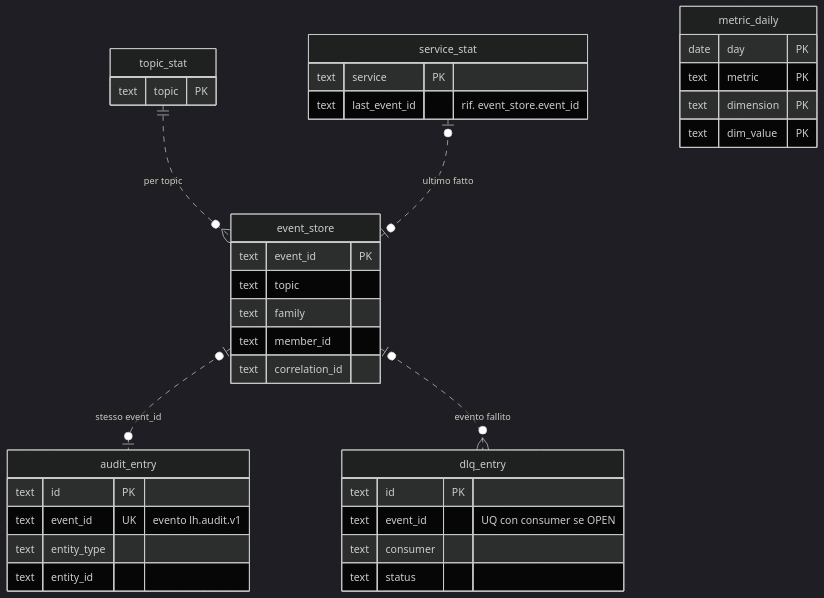
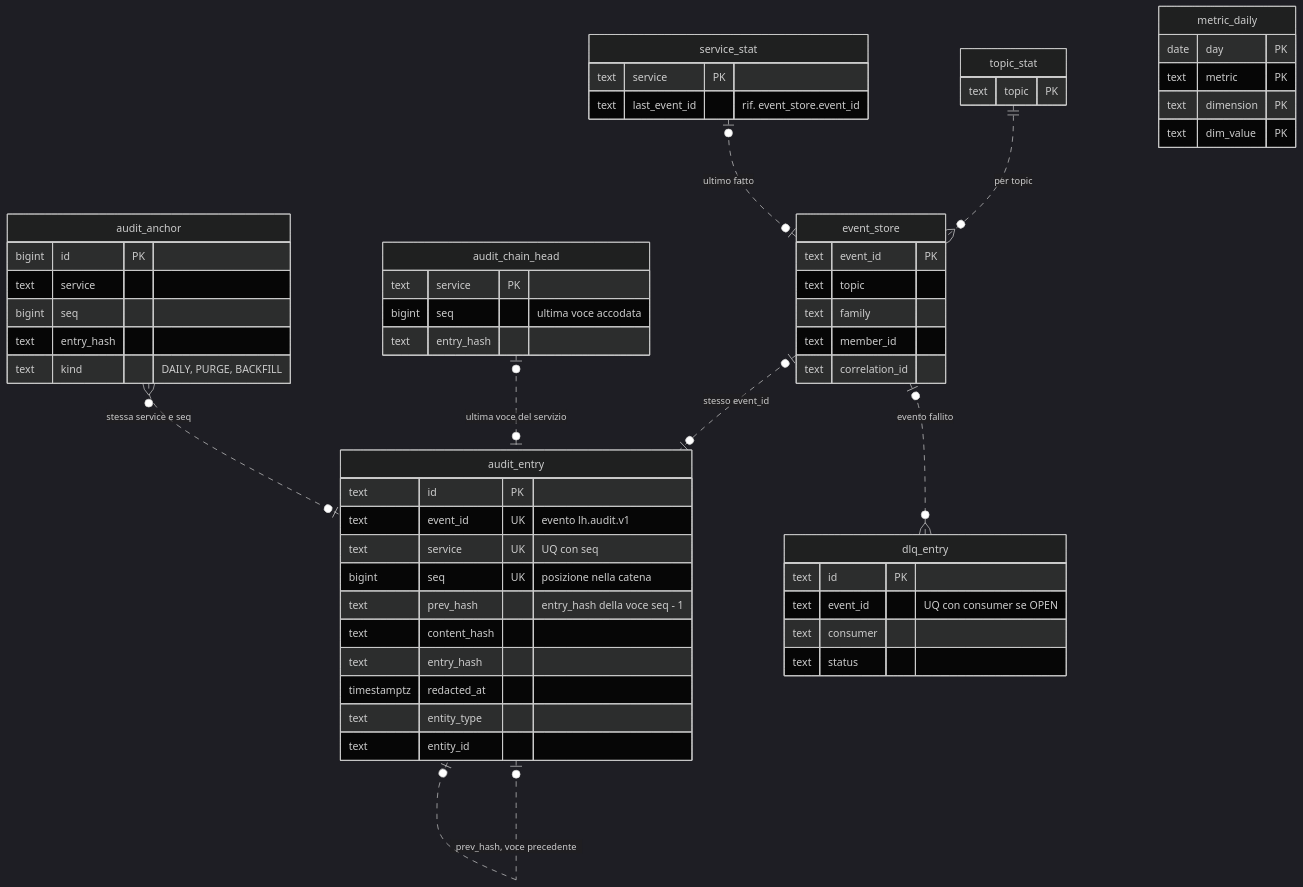
The first of 4 diagrams in docs/servizi/insight-service.md (peppe-ruv/Loyalty_Sys), drawn with Mermaid (dark theme) before and after one commit. The commit also changed other lines of this file and 27 other files, not shown here.

````diff
--- a/docs/servizi/insight-service.md
+++ b/docs/servizi/insight-service.md
@@ -21,41 +23,62 @@
 ```mermaid
 erDiagram
   accTitle: Tabelle dello schema insight
-  accDescr: L'event store conserva gli eventi dei cinque topic; le statistiche per topic e per servizio ne riassumono l'ultimo arrivo; audit e DLQ hanno una voce per evento; le metriche giornaliere sono aggregati indipendenti.
+  accDescr: L'event store conserva gli eventi dei cinque topic; le statistiche per topic e per servizio ne riassumono l'ultimo arrivo; audit e DLQ hanno una voce per evento; le voci di audit di un servizio sono in catena, con una testa per servizio e ancore registrate a parte; le metriche giornaliere sono aggregati indipendenti.
   event_store {
     text event_id PK
     text topic
     text family
     text member_id
     text correlation_id
   }
   topic_stat {
     text topic PK
   }
   service_stat {
     text service PK
     text last_event_id "rif. event_store.event_id"
   }
   audit_entry {
     text id PK
     text event_id UK "evento lh.audit.v1"
+    text service UK "UQ con seq"
+    bigint seq UK "posizione nella catena"
+    text prev_hash "entry_hash della voce seq - 1"
+    text content_hash
+    text entry_hash
+    timestamptz redacted_at
     text entity_type
     text entity_id
+  }
+  audit_chain_head {
+    text service PK
+    bigint seq "ultima voce accodata"
+    text entry_hash
+  }
+  audit_anchor {
+    bigint id PK
+    text service
+    bigint seq
+    text entry_hash
+    text kind "DAILY, PURGE, BACKFILL"
   }
   dlq_entry {
     text id PK
     text event_id "UQ con consumer se OPEN"
     text consumer
     text status
   }
   metric_daily {
     date day PK
     text metric PK
     text dimension PK
     text dim_value PK
   }
   topic_stat ||..o{ event_store : "per topic"
   service_stat |o..o| event_store : "ultimo fatto"
   event_store |o..o| audit_entry : "stesso event_id"
   event_store |o..o{ dlq_entry : "evento fallito"
+  audit_entry |o..o| audit_entry : "prev_hash, voce precedente"
+  audit_chain_head |o..o| audit_entry : "ultima voce del servizio"
+  audit_anchor }o..o| audit_entry : "stessa service e seq"
 ```
````
